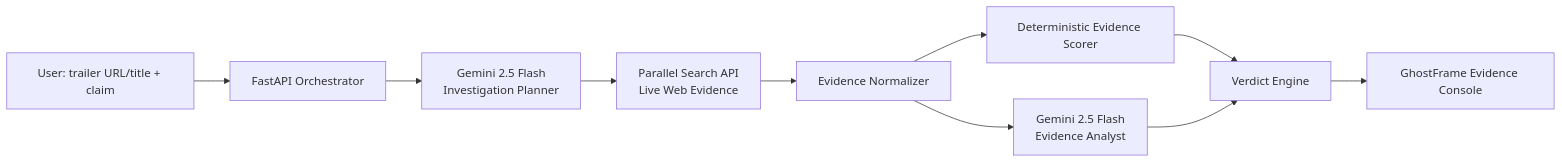
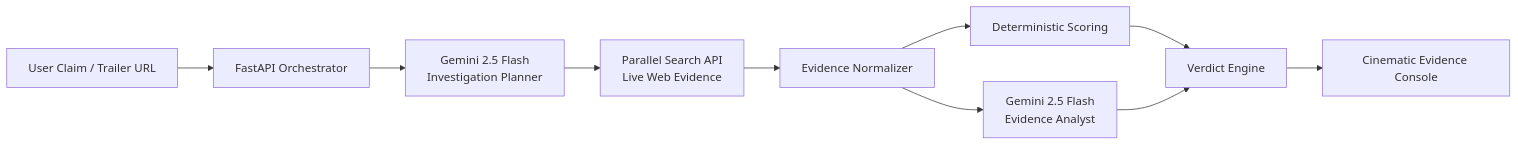
The diagram in ARCHITECTURE.md (ShrutiVan17/ghosframe.ai), drawn with Mermaid before and after one commit. The commit also changed other lines of this file, not shown here.

Commit message:
Update GhostFrame to free-tier build

````diff
--- a/ARCHITECTURE.md
+++ b/ARCHITECTURE.md
@@ -3,12 +3,12 @@
 ```mermaid
 flowchart LR
-    U["User: trailer URL/title + claim"] --> API["FastAPI Orchestrator"]
+    U["User Claim / Trailer URL"] --> API["FastAPI Orchestrator"]
     API --> G1["Gemini 2.5 Flash\nInvestigation Planner"]
     G1 --> P["Parallel Search API\nLive Web Evidence"]
     P --> N["Evidence Normalizer"]
-    N --> D["Deterministic Evidence Scorer"]
+    N --> S["Deterministic Scoring"]
     N --> G2["Gemini 2.5 Flash\nEvidence Analyst"]
-    D --> V["Verdict Engine"]
+    S --> V["Verdict Engine"]
     G2 --> V
-    V --> UI["GhostFrame Evidence Console"]
+    V --> UI["Cinematic Evidence Console"]
 ```
````
